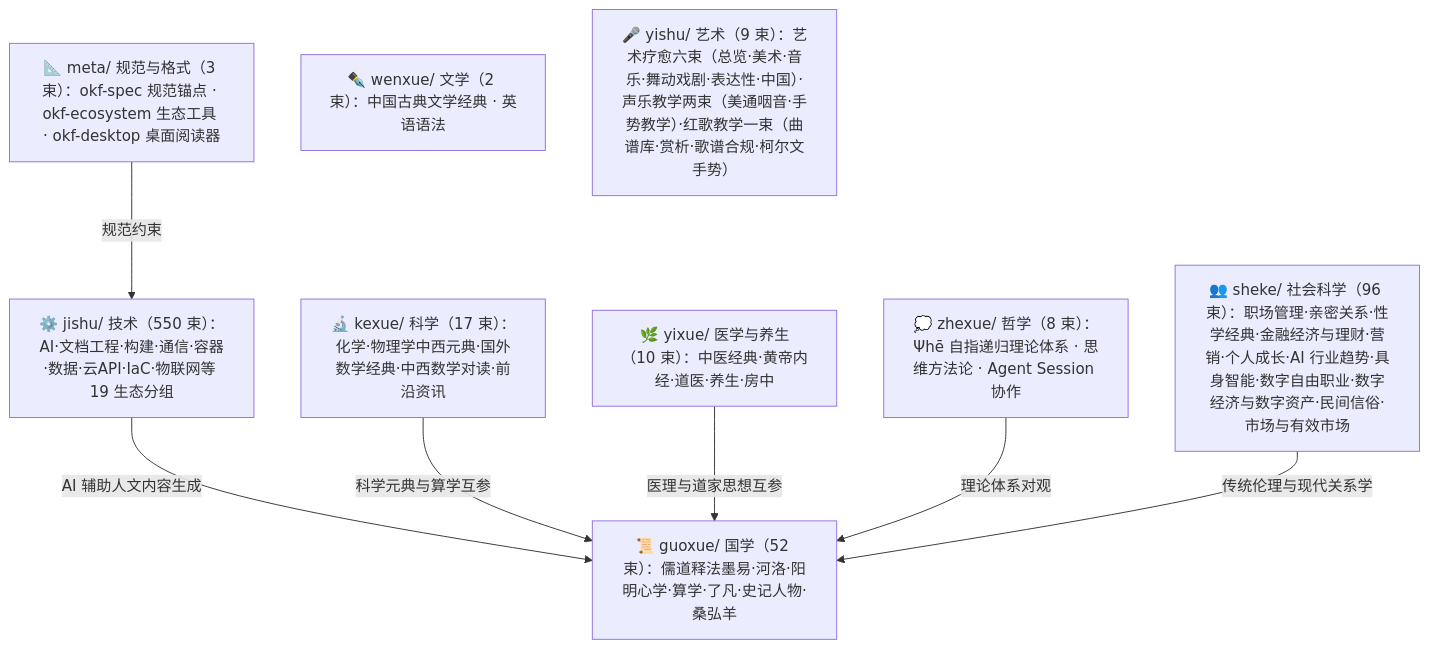
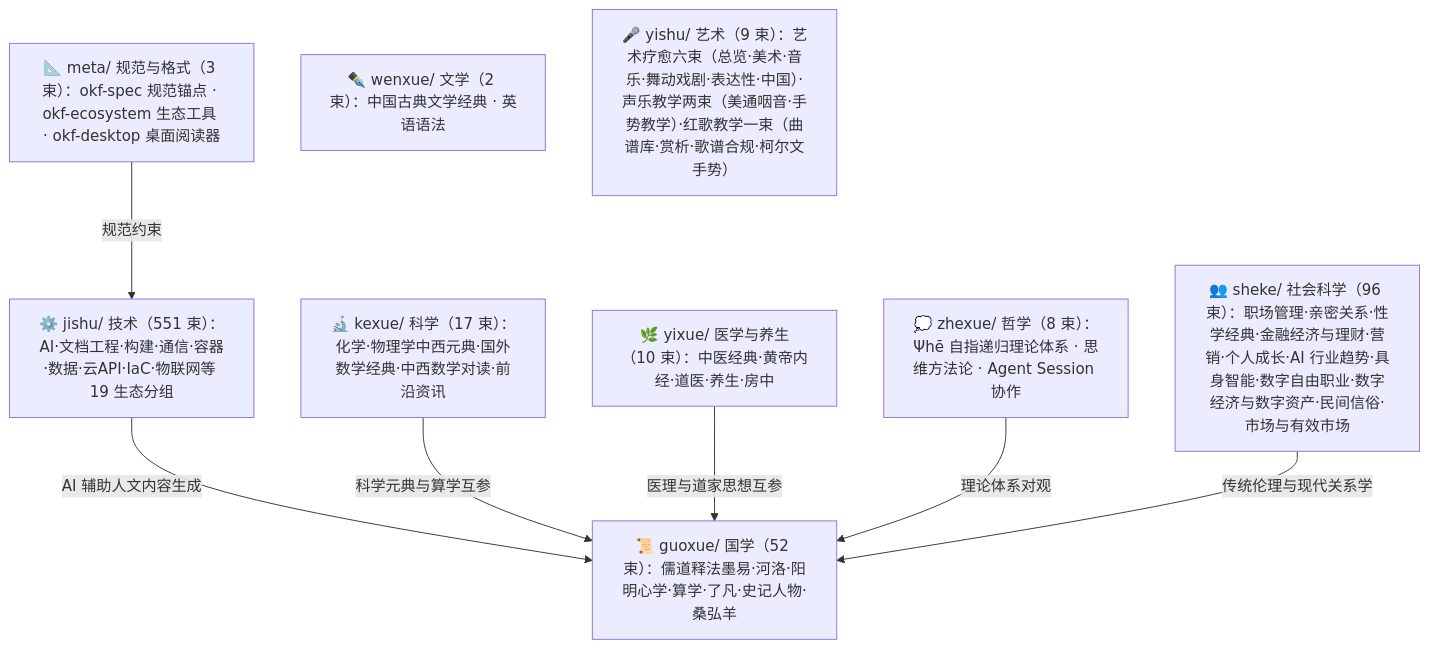
The diagram in doc/bundles/index.md (awesome-flexloop/awesome-okf), drawn with Mermaid before and after one commit. The commit also changed other lines of this file and 22 other files, not shown here.

````diff
--- a/doc/bundles/index.md
+++ b/doc/bundles/index.md
@@ -21,18 +21,18 @@
 ```mermaid
 flowchart TD
     meta["📐 meta/ 规范与格式（3 束）：okf-spec 规范锚点 · okf-ecosystem 生态工具 · okf-desktop 桌面阅读器"]
     guoxue["📜 guoxue/ 国学（52 束）：儒道释法墨易·河洛·阳明心学·算学·了凡·史记人物·桑弘羊"]
     zhexue["💭 zhexue/ 哲学（8 束）：Ψhē 自指递归理论体系 · 思维方法论 · Agent Session 协作"]
     kexue["🔬 kexue/ 科学（17 束）：化学·物理学中西元典·国外数学经典·中西数学对读·前沿资讯"]
     wenxue["✒️ wenxue/ 文学（2 束）：中国古典文学经典 · 英语语法"]
     yixue["🌿 yixue/ 医学与养生（10 束）：中医经典·黄帝内经·道医·养生·房中"]
     sheke["👥 sheke/ 社会科学（96 束）：职场管理·亲密关系·性学经典·金融经济与理财·营销·个人成长·AI 行业趋势·具身智能·数字自由职业·数字经济与数字资产·民间信俗·市场与有效市场"]
     yishu["🎤 yishu/ 艺术（9 束）：艺术疗愈六束（总览·美术·音乐·舞动戏剧·表达性·中国）·声乐教学两束（美通咽音·手势教学）·红歌教学一束（曲谱库·赏析·歌谱合规·柯尔文手势）"]
-    jishu["⚙️ jishu/ 技术（550 束）：AI·文档工程·构建·通信·容器·数据·云API·IaC·物联网等 19 生态分组"]
+    jishu["⚙️ jishu/ 技术（551 束）：AI·文档工程·构建·通信·容器·数据·云API·IaC·物联网等 19 生态分组"]
     meta -->|"规范约束"| jishu
     jishu -->|"AI 辅助人文内容生成"| guoxue
     kexue -->|"科学元典与算学互参"| guoxue
     yixue -->|"医理与道家思想互参"| guoxue
     zhexue -->|"理论体系对观"| guoxue
     sheke -->|"传统伦理与现代关系学"| guoxue
 ```
````
